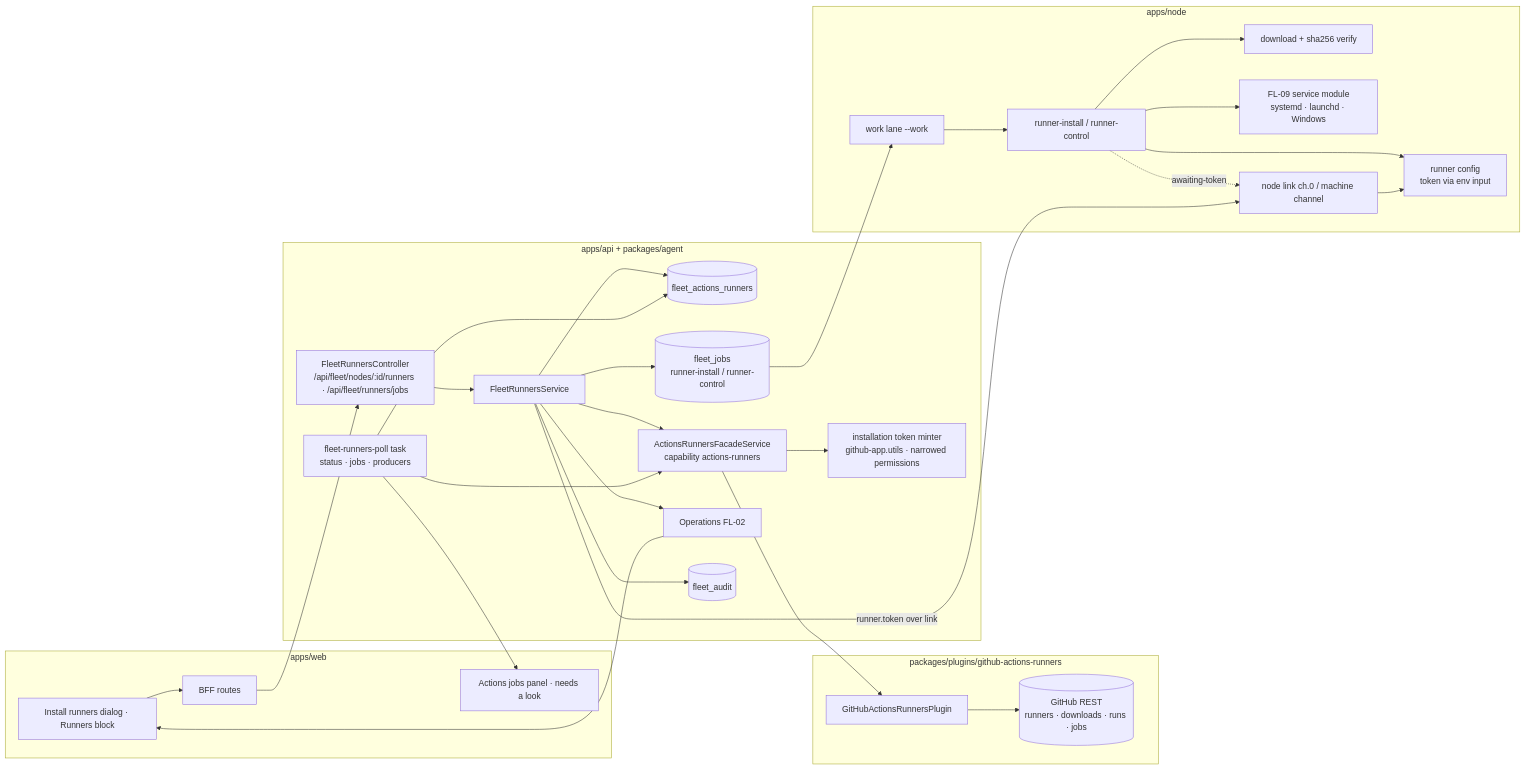
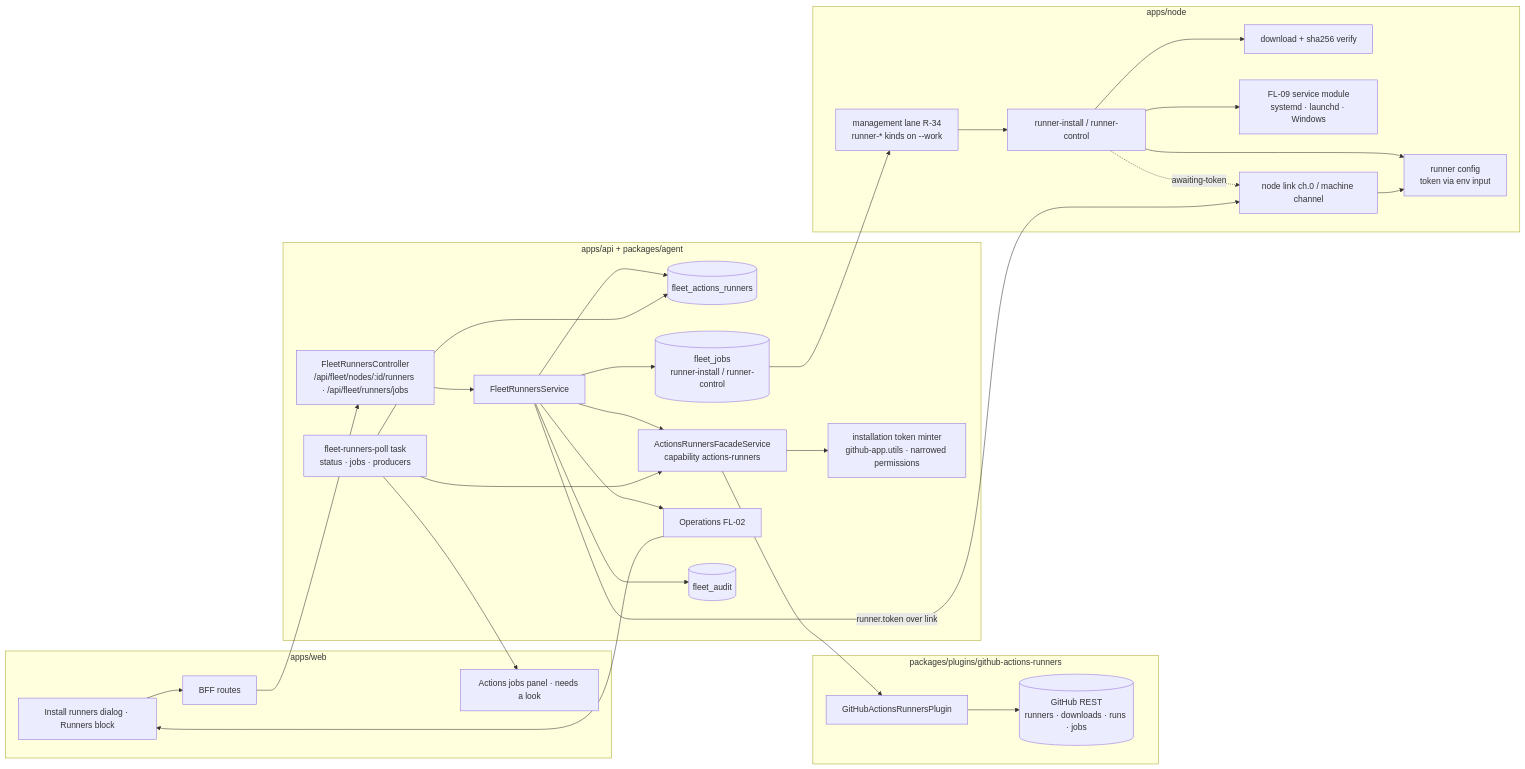
Before and after one commit to HotOpenSourcing/ever-works: the diagram in docs/specs/features/fleet/FL-18-actions-runners/plan.md, drawn with Mermaid. The commit also changed other lines of this file and 20 other files, not shown here.

````diff
--- a/docs/specs/features/fleet/FL-18-actions-runners/plan.md
+++ b/docs/specs/features/fleet/FL-18-actions-runners/plan.md
@@ -16,36 +16,36 @@
 ```mermaid
 flowchart LR
     subgraph web [apps/web]
         D[Install runners dialog · Runners block] --> BFF[BFF routes]
         J[Actions jobs panel · needs a look]
     end
     subgraph api [apps/api + packages/agent]
         C[FleetRunnersController<br/>/api/fleet/nodes/:id/runners · /api/fleet/runners/jobs] --> S[FleetRunnersService]
         S --> R[(fleet_actions_runners)]
         S --> JB[(fleet_jobs<br/>runner-install / runner-control)]
         S --> F[ActionsRunnersFacadeService<br/>capability actions-runners]
         F --> M[installation token minter<br/>github-app.utils · narrowed permissions]
         S --> OP[Operations FL-02]
         S --> AU[(fleet_audit)]
         POLL[fleet-runners-poll task<br/>status · jobs · producers]
     end
     subgraph plugin [packages/plugins/github-actions-runners]
         PL[GitHubActionsRunnersPlugin] --> GH[(GitHub REST<br/>runners · downloads · runs · jobs)]
     end
     subgraph node [apps/node]
-        WL[work lane --work] --> EX[runner-install / runner-control]
+        WL[management lane R-34<br/>runner-* kinds on --work] --> EX[runner-install / runner-control]
         EX --> DL[download + sha256 verify]
         EX --> CFG[runner config<br/>token via env input]
         EX --> SVC[FL-09 service module<br/>systemd · launchd · Windows]
         EX -. awaiting-token .-> LINK[node link ch.0 / machine channel]
     end
     BFF --> C
     JB --> WL
     S -- runner.token over link --> LINK
     LINK --> CFG
     F --> PL
     POLL --> F
     POLL --> R
     OP --> D
     POLL --> J
 ```
````
